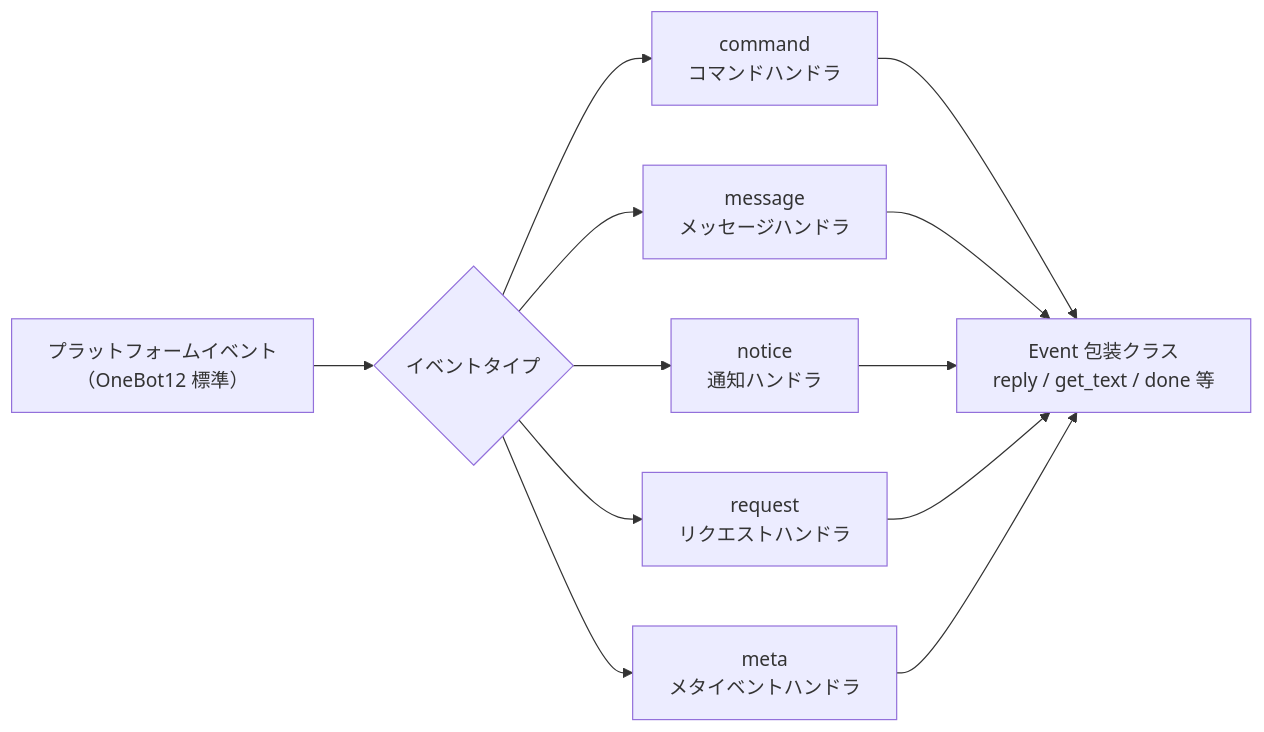
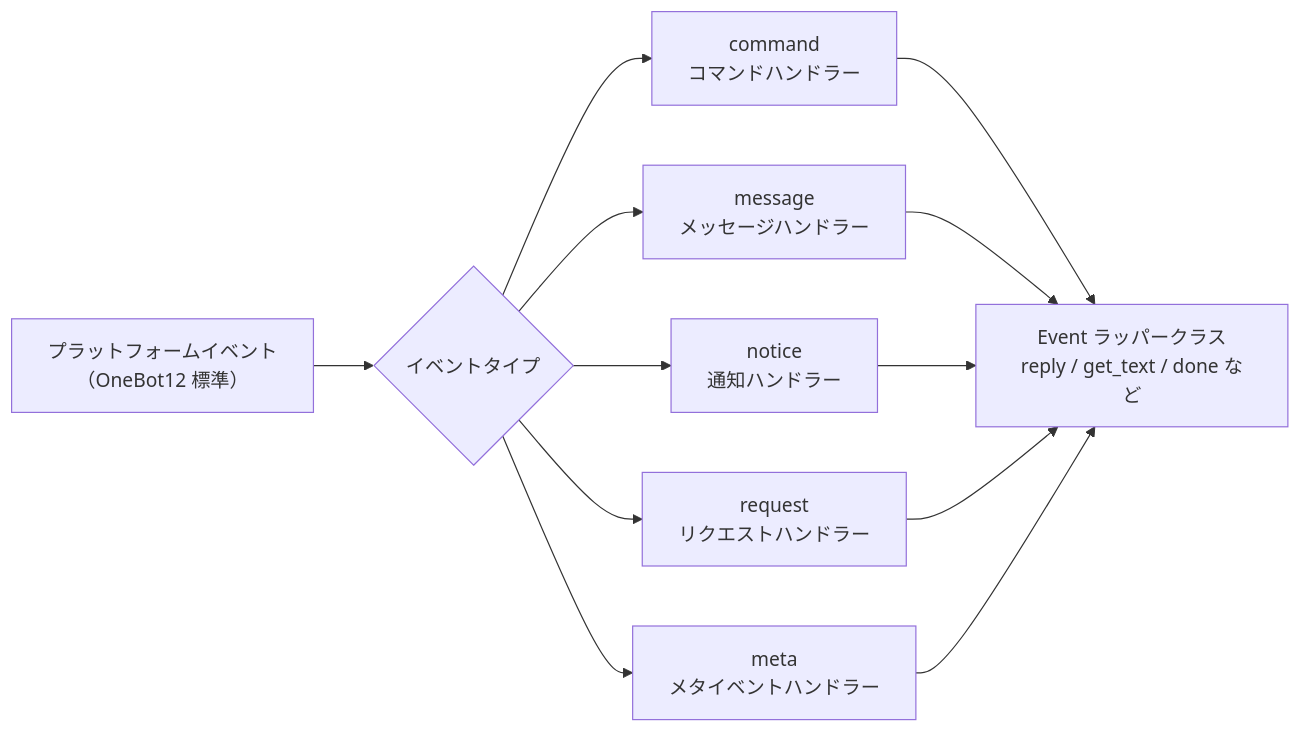
One commit to ErisPulse/ErisPulse changed the diagram in docs/ja/api-reference/event-system.md. Above: the diagram before and after it, drawn with Mermaid. The commit also changed other lines of this file and 828 other files, not shown here.

````diff
--- a/docs/ja/api-reference/event-system.md
+++ b/docs/ja/api-reference/event-system.md
@@ -7,10 +10,10 @@
 ```mermaid
 flowchart LR
     A["プラットフォームイベント<br/>（OneBot12 標準）"] --> B{"イベントタイプ"}
-    B --> C["command<br/>コマンドハンドラ"]
-    B --> D["message<br/>メッセージハンドラ"]
-    B --> E["notice<br/>通知ハンドラ"]
-    B --> F["request<br/>リクエストハンドラ"]
-    B --> G["meta<br/>メタイベントハンドラ"]
-    C & D & E & F & G --> H["Event 包装クラス<br/>reply / get_text / done 等"]
+    B --> C["command<br/>コマンドハンドラー"]
+    B --> D["message<br/>メッセージハンドラー"]
+    B --> E["notice<br/>通知ハンドラー"]
+    B --> F["request<br/>リクエストハンドラー"]
+    B --> G["meta<br/>メタイベントハンドラー"]
+    C & D & E & F & G --> H["Event ラッパークラス<br/>reply / get_text / done など"]
 ```
````
